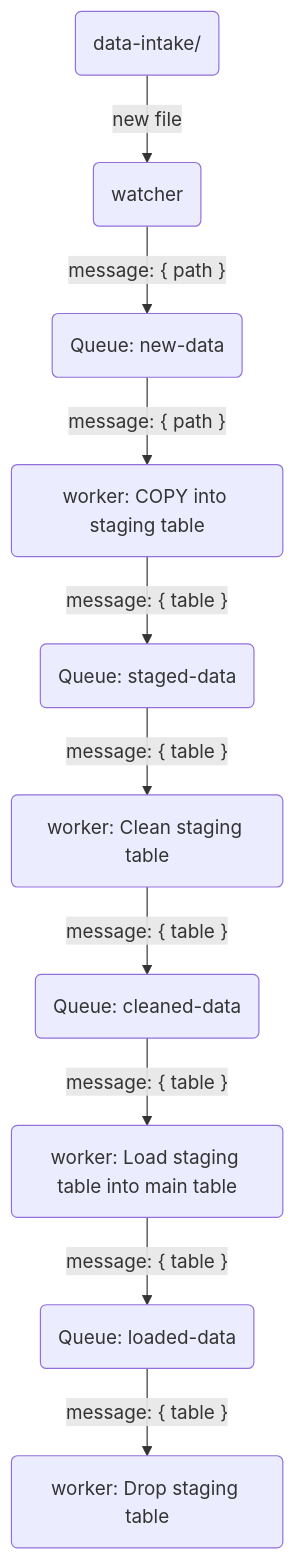
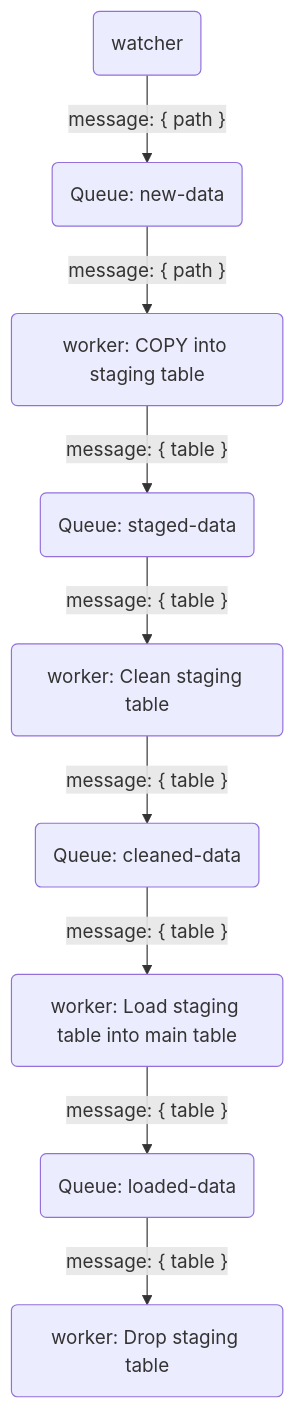
Before and after one commit to hkaju/taxi-trips-pipeline-example: the diagram in Readme.md, drawn with Mermaid. The commit also changed other lines of this file, not shown here.

````diff
--- a/Readme.md
+++ b/Readme.md
@@ -54,12 +54,11 @@
 ```mermaid
 flowchart TD
-    D(data-intake/) --> |new file| Wa(watcher)
-    Wa --> |"message: { path }"| Q1(Queue: new-data)
+    Wa(watcher) --> |"message: { path }"| Q1(Queue: new-data)
     Q1 --> |"message: { path }"| W1(worker: COPY into staging table)
     W1 --> |"message: { table }"| Q2(Queue: staged-data)
     Q2 --> |"message: { table }"| W2(worker: Clean staging table)
     W2 --> |"message: { table }"| Q3(Queue: cleaned-data)
     Q3 --> |"message: { table }"| W3(worker: Load staging table into main table)
     W3 --> |"message: { table }"| Q4(Queue: loaded-data)
     Q4 --> |"message: { table }"| W4(worker: Drop staging table)
 ```
````
